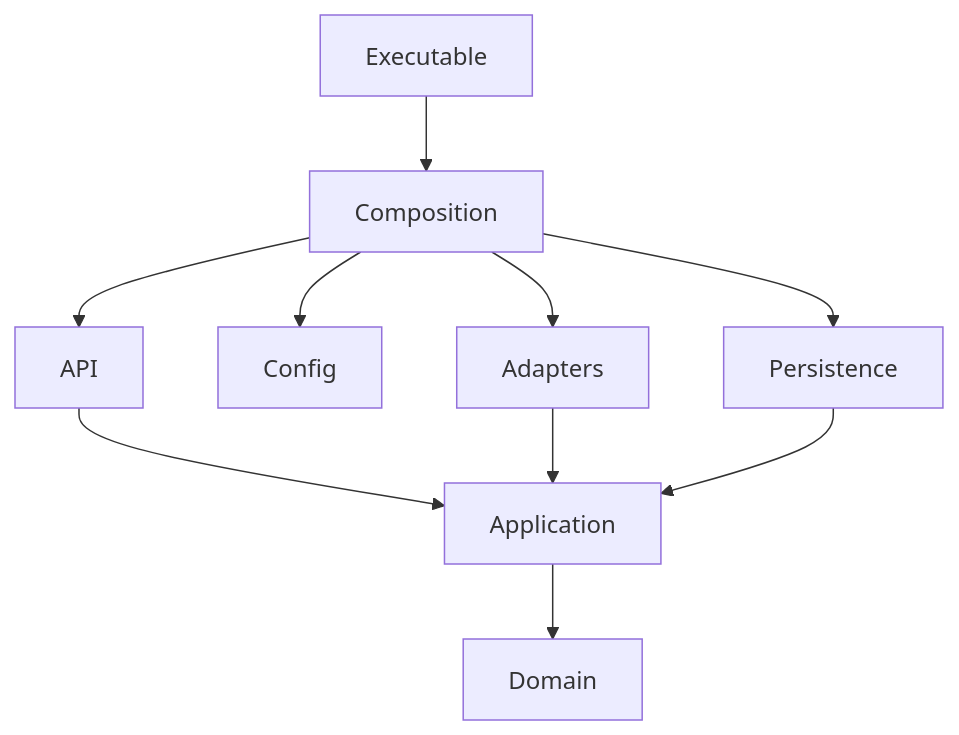
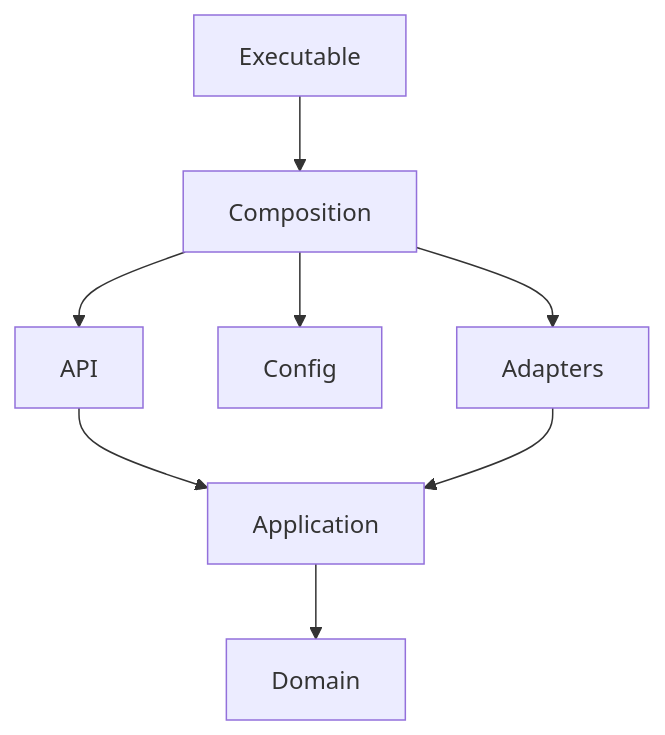
Before and after one commit to pxhoang/cmake: the second of 2 diagrams in docs/development/cmake.md, drawn with Mermaid. The commit also changed other lines of this file and 9 other files, not shown here.

````diff
--- a/docs/development/cmake.md
+++ b/docs/development/cmake.md
@@ -287,12 +294,10 @@
 ```mermaid
 graph TD
     Executable --> Composition
     Composition --> API
     Composition --> Config
     Composition --> Adapters
-    Composition --> Persistence
     API --> Application
     Adapters --> Application
-    Persistence --> Application
     Application --> Domain
 ```
````
